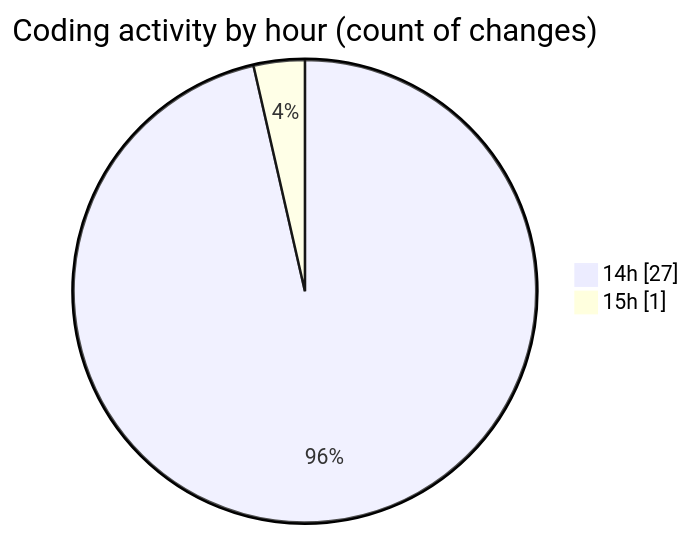
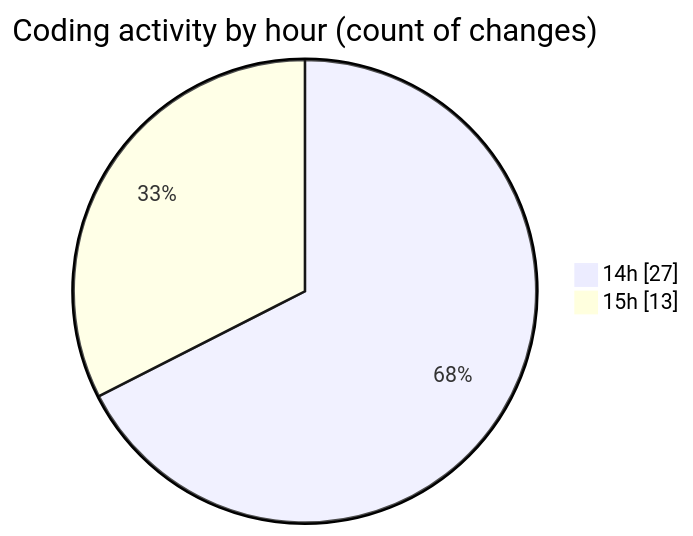
One commit to Netris89/code-tracking changed the second of 2 diagrams in 2025-03-22/back-end/README.md. Above: the diagram before and after it, drawn with Mermaid. The commit also changed other lines of this file and 1 other file, not shown here.

````diff
--- a/2025-03-22/back-end/README.md
+++ b/2025-03-22/back-end/README.md
@@ -29,6 +31,6 @@
 ```mermaid
 pie showData
 title Coding activity by hour (count of changes)
 "14h" : 27
-"15h" : 1
+"15h" : 13
 ```
````
